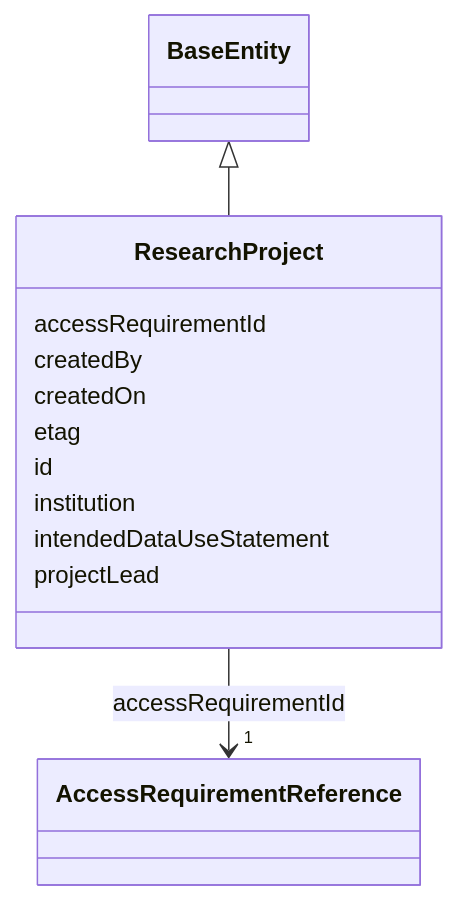
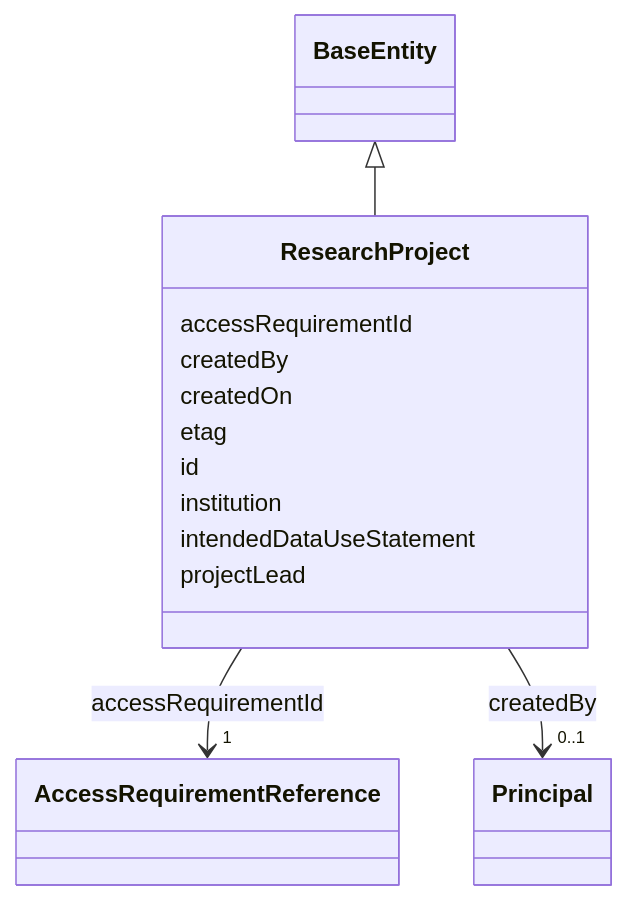
The diagram in docs/reference/classes/ResearchProject.md (mc2-center/governanceDUO), drawn with Mermaid before and after one commit. The commit also changed other lines of this file and 39 other files, not shown here.

````diff
--- a/docs/reference/classes/ResearchProject.md
+++ b/docs/reference/classes/ResearchProject.md
@@ -23,34 +23,43 @@
 ```mermaid
  classDiagram
     class ResearchProject
     click ResearchProject href "../../classes/ResearchProject/"
       BaseEntity <|-- ResearchProject
         click BaseEntity href "../../classes/BaseEntity/"
       
       ResearchProject : accessRequirementId
         
           
     
         
         
         ResearchProject --> "1" AccessRequirementReference : accessRequirementId
         click AccessRequirementReference href "../../classes/AccessRequirementReference/"
     
 
         
       ResearchProject : createdBy
         
+          
+    
+        
+        
+        ResearchProject --> "0..1" Principal : createdBy
+        click Principal href "../../classes/Principal/"
+    
+
+        
       ResearchProject : createdOn
         
       ResearchProject : etag
         
       ResearchProject : id
         
       ResearchProject : institution
         
       ResearchProject : intendedDataUseStatement
         
       ResearchProject : projectLead
         
       
 ```
````
